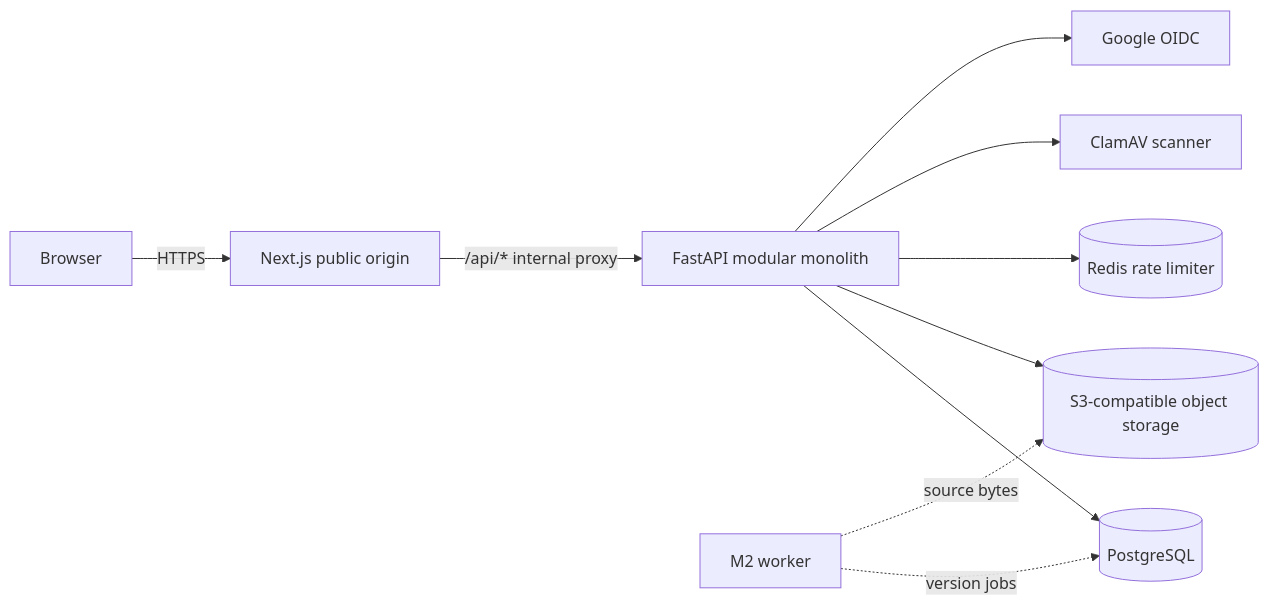
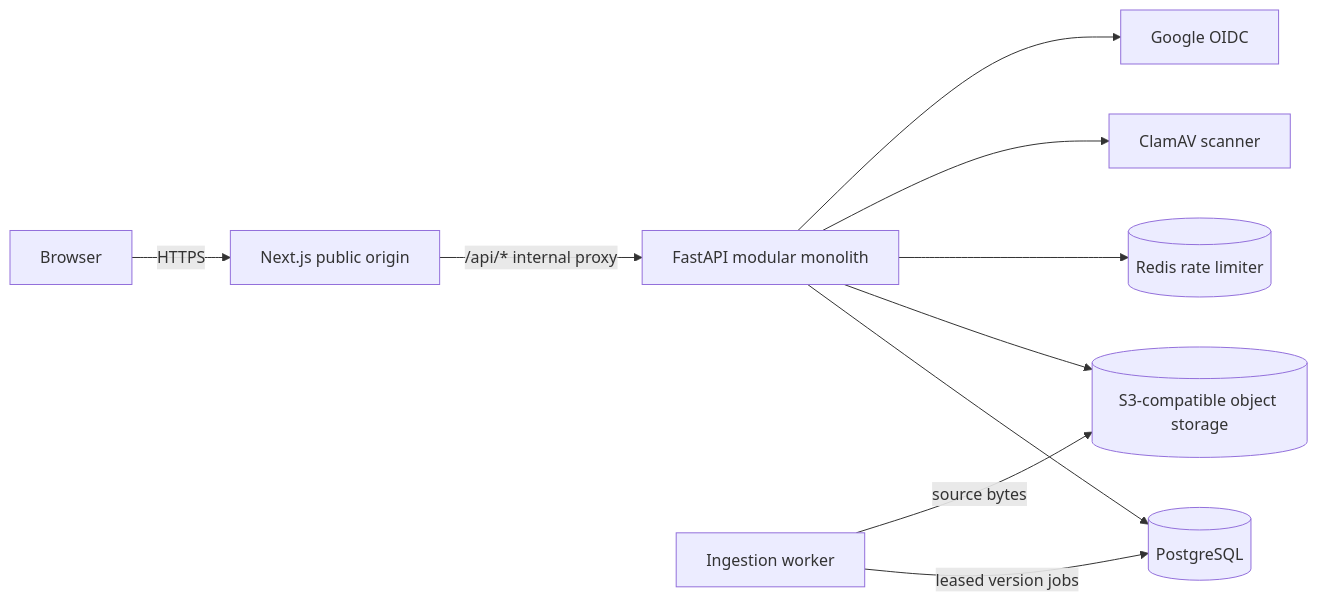
The diagram in docs/architecture/ARCHITECTURE.md (mad-futurist/readyset_platform), drawn with Mermaid before and after one commit. The commit also changed other lines of this file and 66 other files, not shown here.

````diff
--- a/docs/architecture/ARCHITECTURE.md
+++ b/docs/architecture/ARCHITECTURE.md
@@ -7,12 +7,12 @@
 ```mermaid
 flowchart LR
   Browser[Browser] -->|HTTPS| Web[Next.js public origin]
   Web -->|/api/* internal proxy| API[FastAPI modular monolith]
   API --> DB[(PostgreSQL)]
   API --> Store[(S3-compatible object storage)]
   API --> Redis[(Redis rate limiter)]
   API --> Scanner[ClamAV scanner]
   API --> Google[Google OIDC]
-  Worker[M2 worker] -. version jobs .-> DB
-  Worker -. source bytes .-> Store
+  Worker[Ingestion worker] -->|leased version jobs| DB
+  Worker -->|source bytes| Store
 ```
````
